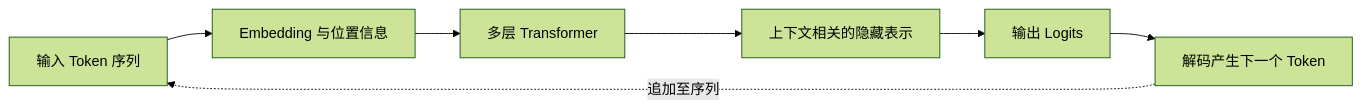
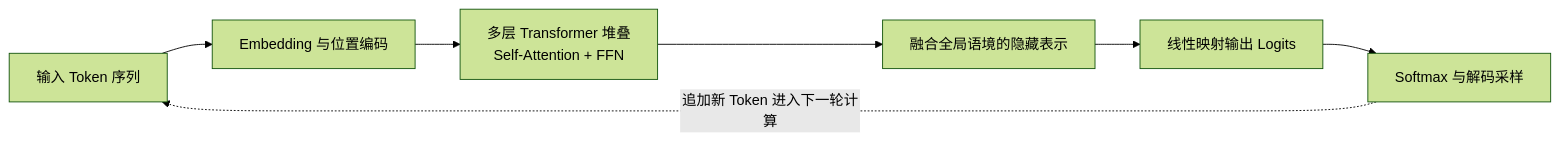
The first of 4 diagrams in docs/02-understanding-llm.md (ideal-20/ai-agent-system-design), drawn with Mermaid (forest theme) before and after one commit. The commit also changed other lines of this file, not shown here.

````diff
--- a/docs/02-understanding-llm.md
+++ b/docs/02-understanding-llm.md
@@ -144,9 +140,9 @@
 ```mermaid
 flowchart LR
-    A[输入 Token 序列] --> B[Embedding 与位置信息]
-    B --> C[多层 Transformer]
-    C --> D[上下文相关的隐藏表示]
-    D --> E[输出 Logits]
-    E --> F[解码产生下一个 Token]
-    F -. 追加至序列 .-> A
+    A[输入 Token 序列] --> B[Embedding 与位置编码]
+    B --> C[多层 Transformer 堆叠<br/>Self-Attention + FFN]
+    C --> D[融合全局语境的隐藏表示]
+    D --> E[线性映射输出 Logits]
+    E --> F[Softmax 与解码采样]
+    F -. 追加新 Token 进入下一轮计算 .-> A
 ```
````
